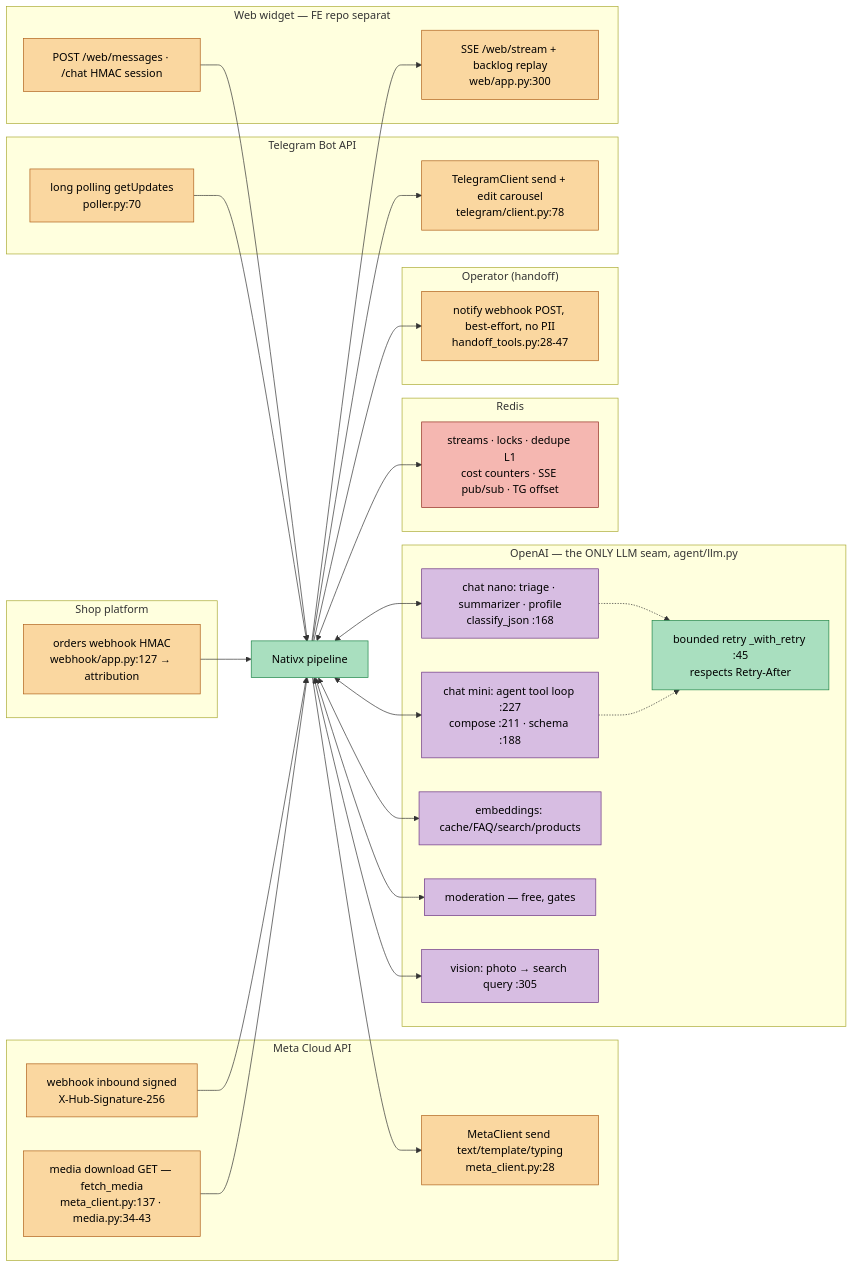
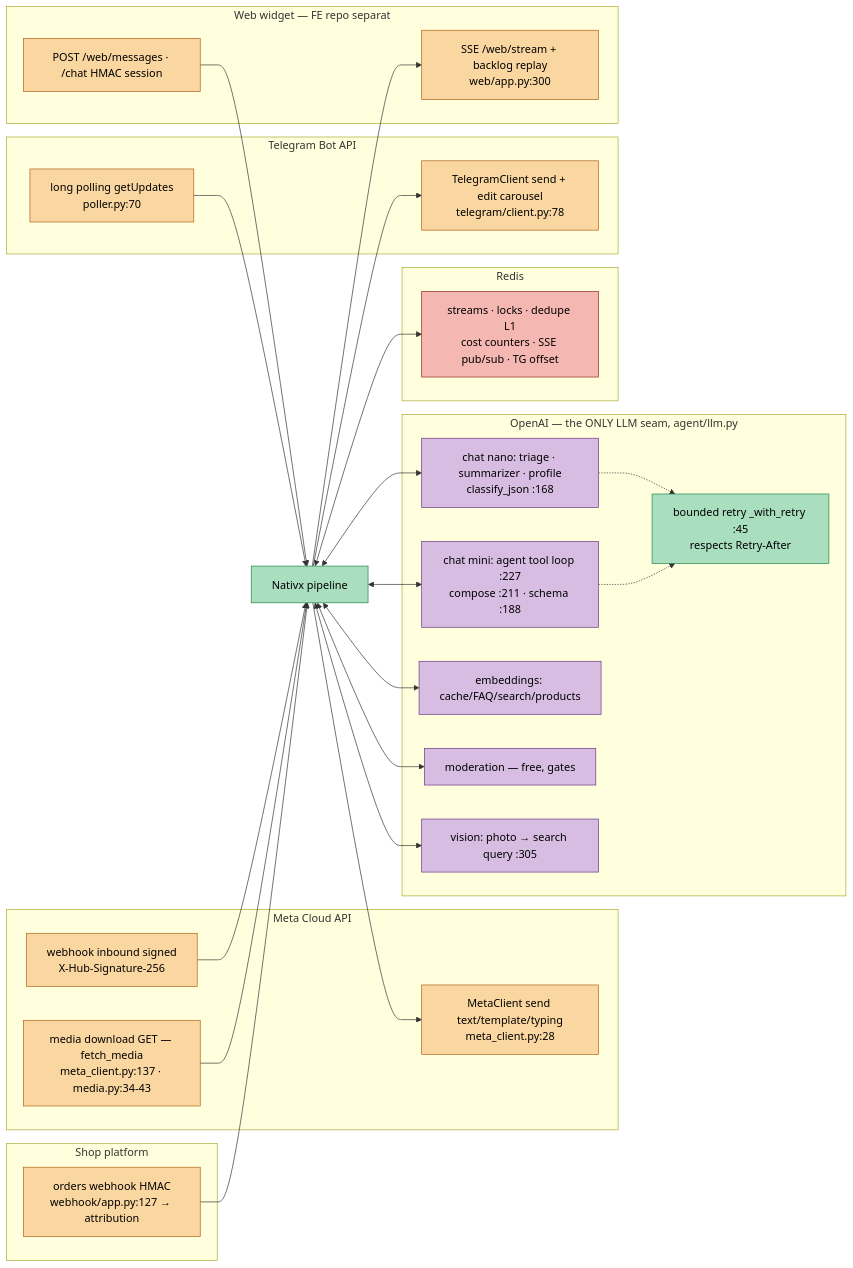
One commit to AdiBoaru/Sales-Ass changed the diagram in docs/diagrams/08-external-services-workflow.mmd. Above: the diagram before and after it, drawn with Mermaid. The commit also changed 57 other files, not shown here.

```diff
--- a/docs/diagrams/08-external-services-workflow.mmd
+++ b/docs/diagrams/08-external-services-workflow.mmd
@@ -1,66 +1,61 @@
 %% GENERAT din docs/ARCHITECTURE-WORKFLOWS.md — nu edita doar aici.
 %% Regenerare: python scripts/export_diagrams.py
 %% Editare vizuală: https://mermaid.live (paste tot fișierul)
 %% Diagram 8 — External Services Workflow
 flowchart LR
   classDef sys fill:#a9dfbf,stroke:#1e8449,color:#000
   classDef ext fill:#fad7a0,stroke:#af601a,color:#000
   classDef llm fill:#d7bde2,stroke:#6c3483,color:#000
   classDef q fill:#f5b7b1,stroke:#922b21,color:#000
 
   subgraph OpenAI["OpenAI — the ONLY LLM seam, agent/llm.py"]
     NANO["chat nano: triage · summarizer · profile<br/>classify_json :168"]:::llm
     MINI["chat mini: agent tool loop :227<br/>compose :211 · schema :188"]:::llm
     EMBD["embeddings: cache/FAQ/search/products"]:::llm
     MOD["moderation — free, gates"]:::llm
     VISN["vision: photo → search query :305"]:::llm
     RTY["bounded retry _with_retry :45<br/>respects Retry-After"]:::sys
   end
 
   subgraph Meta["Meta Cloud API"]
     MIN["webhook inbound signed<br/>X-Hub-Signature-256"]:::ext
     MOUT["MetaClient send text/template/typing<br/>meta_client.py:28"]:::ext
     MMED["media download GET — fetch_media<br/>meta_client.py:137 · media.py:34-43"]:::ext
-  end
-
-  subgraph Operator["Operator (handoff)"]
-    OPW["notify webhook POST, best-effort, no PII<br/>handoff_tools.py:28-47"]:::ext
   end
 
   subgraph TG["Telegram Bot API"]
     TIN["long polling getUpdates<br/>poller.py:70"]:::ext
     TOUT["TelegramClient send + edit carousel<br/>telegram/client.py:78"]:::ext
   end
 
   subgraph Web["Web widget — FE repo separat"]
     WIN["POST /web/messages · /chat HMAC session"]:::ext
     WOUT2["SSE /web/stream + backlog replay<br/>web/app.py:300"]:::ext
   end
 
   subgraph Shop["Shop platform"]
     OIN["orders webhook HMAC<br/>webhook/app.py:127 → attribution"]:::ext
   end
 
   subgraph RedisSvc["Redis"]
     RS["streams · locks · dedupe L1<br/>cost counters · SSE pub/sub · TG offset"]:::q
   end
 
   SYS["Nativx pipeline"]:::sys
 
   MIN --> SYS
   TIN --> SYS
   WIN --> SYS
   OIN --> SYS
   MMED --> SYS
-  SYS --> OPW
   SYS --> MOUT
   SYS --> TOUT
   SYS --> WOUT2
   SYS <--> RS
   SYS <--> NANO
   SYS <--> MINI
   SYS <--> EMBD
   SYS <--> MOD
   SYS <--> VISN
   NANO -.-> RTY
   MINI -.-> RTY
```
